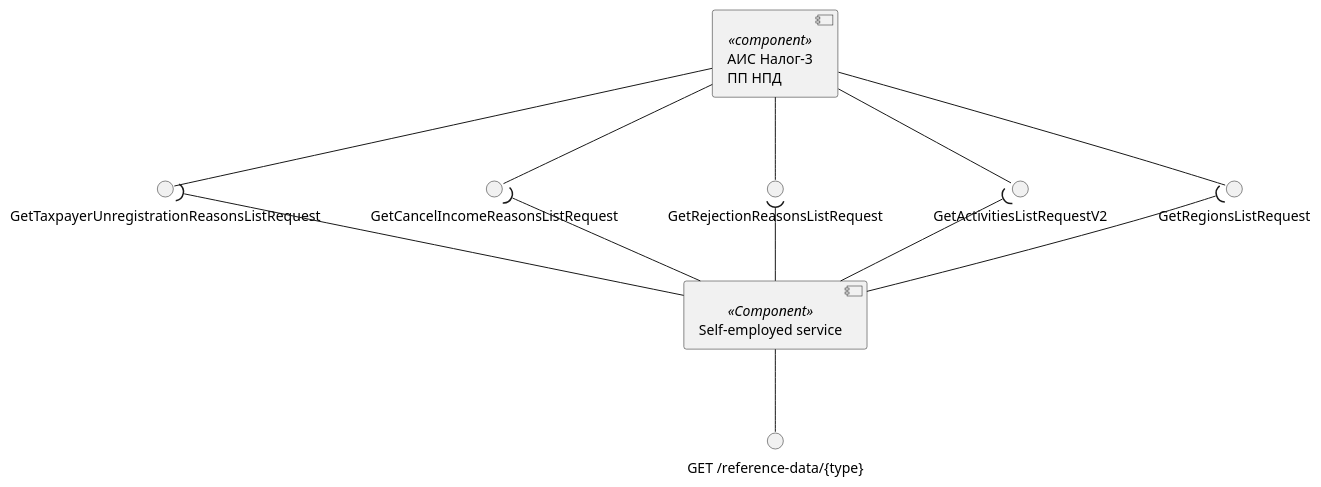
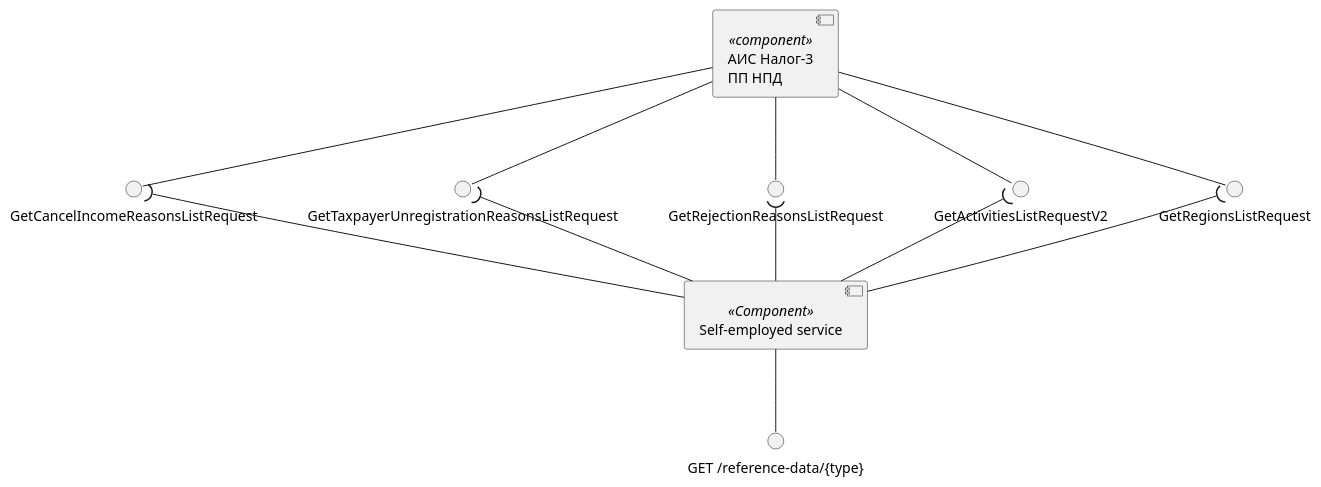
Before and after one commit to RaikBitters/ibank-internal-services: the tenth of 10 diagrams in diagrams/self-employed-service/components.puml, drawn with PlantUML. The commit also changed other lines of this file and 5 other files, not shown here.

Commit message:
Updated diagrams

```diff
--- a/diagrams/self-employed-service/components.puml
+++ b/diagrams/self-employed-service/components.puml
@@ -251,28 +282,28 @@
 @startuml reference-data-components
 
 component "АИС Налог-3\nПП НПД" as Tax3 <<component>>
 
-interface "GetRegionsListRequest" as GetRegionsList
-interface "GetActivitiesListRequestV2" as GetActivitiesList
-interface "GetRejectionReasonsListRequest" as GetRejectionReasonsList
-interface "GetTaxpayerUnregistrationReasonsListRequest" as GetTaxpayerUnregistrationReasonsList
-interface "GetCancelIncomeReasonsListRequest" as GetCancelIncomeReasonsList
+interface "GetRegionsListRequest" as getRegionsList
+interface "GetActivitiesListRequestV2" as getActivitiesList
+interface "GetRejectionReasonsListRequest" as getRejectionReasonsList
+interface "GetTaxpayerUnregistrationReasonsListRequest" as getTaxpayerUnregistrationReasonsList
+interface "GetCancelIncomeReasonsListRequest" as getCancelIncomeReasonsList
 
-Tax3 --() GetRegionsList
-Tax3 --() GetActivitiesList
-Tax3 --() GetRejectionReasonsList
-Tax3 --() GetCancelIncomeReasonsList
-Tax3 --() GetTaxpayerUnregistrationReasonsList
+Tax3 --() getRegionsList
+Tax3 --() getActivitiesList
+Tax3 --() getRejectionReasonsList
+Tax3 --() getTaxpayerUnregistrationReasonsList
+Tax3 --() getCancelIncomeReasonsList
 
 component "Self-employed service" as SelfEmplService <<Component>>
 interface "GET /reference-data/{type}" as getDictionary
 
 SelfEmplService --() getDictionary
 
-SelfEmplService -up-( GetRegionsList
-SelfEmplService -up-( GetActivitiesList
-SelfEmplService -up-( GetRejectionReasonsList
-SelfEmplService -up-( GetCancelIncomeReasonsList
-SelfEmplService -up-( GetTaxpayerUnregistrationReasonsList
+SelfEmplService -up-( getRegionsList
+SelfEmplService -up-( getActivitiesList
+SelfEmplService -up-( getRejectionReasonsList
+SelfEmplService -up-( getTaxpayerUnregistrationReasonsList
+SelfEmplService -up-( getCancelIncomeReasonsList
 
 @enduml
```
